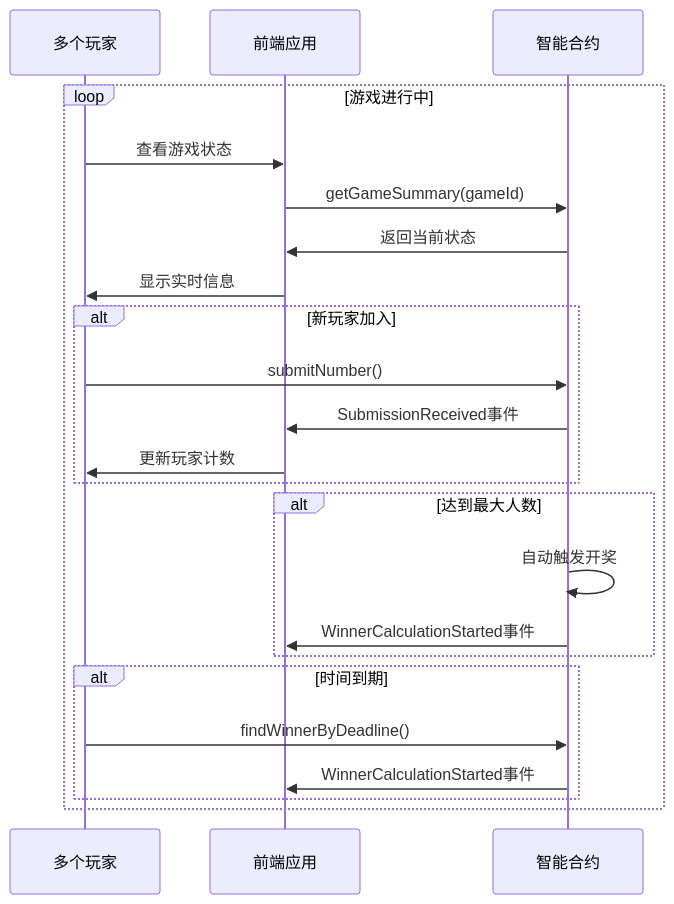
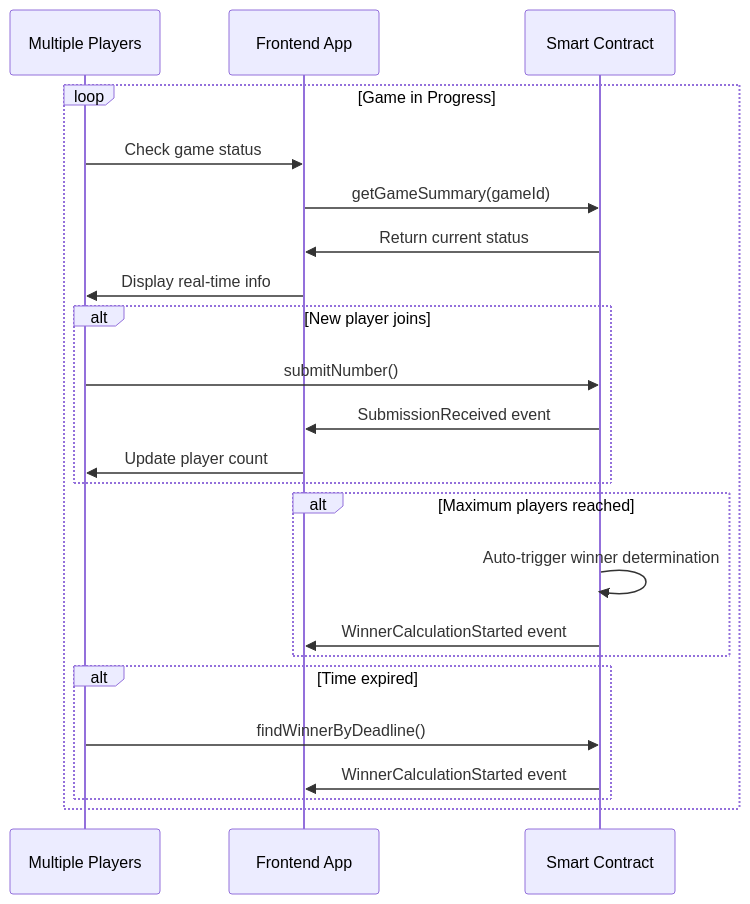
Before and after one commit to huaigu/number-verse-arena: the fourth of 6 diagrams in docs/GAME_FLOW.md, drawn with Mermaid. The commit also changed other lines of this file and 6 other files, not shown here.

````diff
--- a/docs/GAME_FLOW.md
+++ b/docs/GAME_FLOW.md
@@ -143,29 +143,29 @@
 ```mermaid
 sequenceDiagram
-    participant Players as 多个玩家
-    participant Frontend as 前端应用
-    participant Contract as 智能合约
+    participant Players as Multiple Players
+    participant Frontend as Frontend App
+    participant Contract as Smart Contract
 
-    loop 游戏进行中
-        Players->>Frontend: 查看游戏状态
+    loop Game in Progress
+        Players->>Frontend: Check game status
         Frontend->>Contract: getGameSummary(gameId)
-        Contract->>Frontend: 返回当前状态
-        Frontend->>Players: 显示实时信息
+        Contract->>Frontend: Return current status
+        Frontend->>Players: Display real-time info
         
-        alt 新玩家加入
+        alt New player joins
             Players->>Contract: submitNumber()
-            Contract->>Frontend: SubmissionReceived事件
-            Frontend->>Players: 更新玩家计数
+            Contract->>Frontend: SubmissionReceived event
+            Frontend->>Players: Update player count
         end
         
-        alt 达到最大人数
-            Contract->>Contract: 自动触发开奖
-            Contract->>Frontend: WinnerCalculationStarted事件
+        alt Maximum players reached
+            Contract->>Contract: Auto-trigger winner determination
+            Contract->>Frontend: WinnerCalculationStarted event
         end
         
-        alt 时间到期
+        alt Time expired
             Players->>Contract: findWinnerByDeadline()
-            Contract->>Frontend: WinnerCalculationStarted事件
+            Contract->>Frontend: WinnerCalculationStarted event
         end
     end
 ```
````
